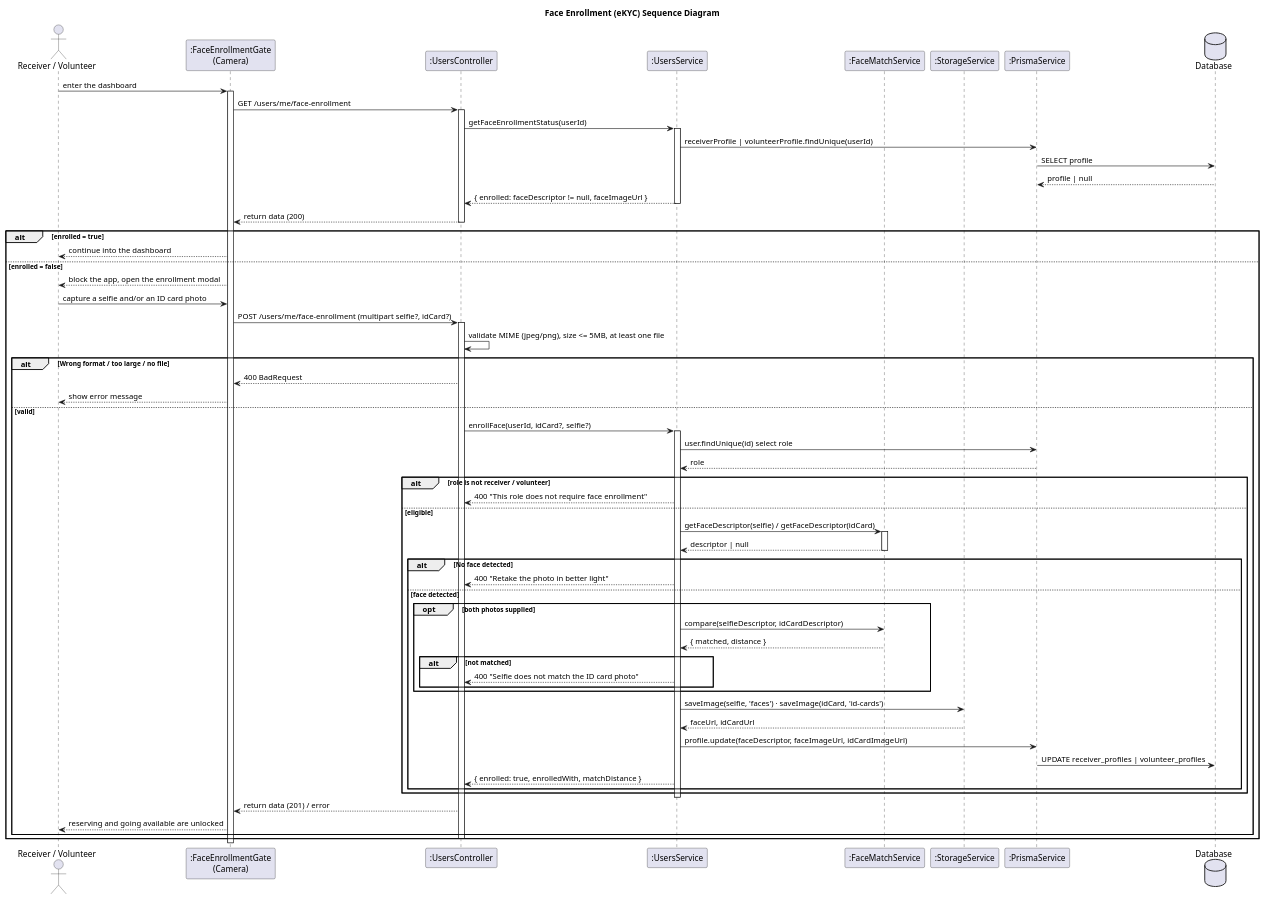
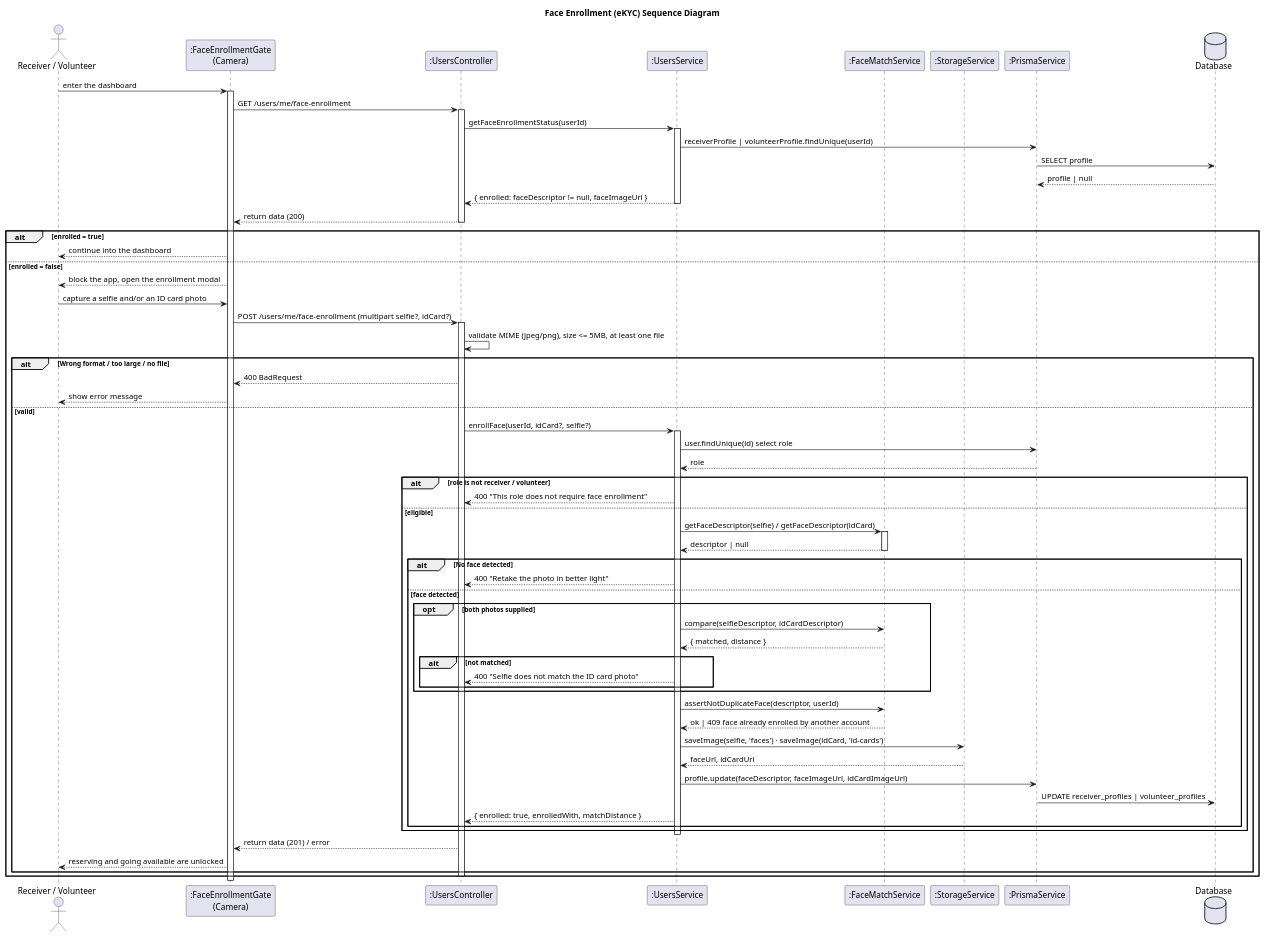
Before and after one commit to trimikey/Capstone_FoodResQ_Web: the third of 6 diagrams in docs/diagrams/seq-users.puml, drawn with PlantUML. The commit also changed other lines of this file and 23 other files, not shown here.

First line of the commit message:
docs(diagrams): cap nhat sequence + class diagram theo code hien tai, bo chu thich

```diff
--- a/docs/diagrams/seq-users.puml
+++ b/docs/diagrams/seq-users.puml
@@ -142,74 +137,76 @@
 @startuml seq-user-face-ekyc
 title Face Enrollment (eKYC) Sequence Diagram
 
 actor "Receiver / Volunteer" as User
 participant ":FaceEnrollmentGate\n(Camera)" as Screen
 participant ":UsersController" as Ctrl
 participant ":UsersService" as Svc
 participant ":FaceMatchService" as Face
 participant ":StorageService" as Storage
 participant ":PrismaService" as Repo
 database "Database" as DB
 
 User -> Screen : enter the dashboard
 activate Screen
 Screen -> Ctrl : GET /users/me/face-enrollment
 activate Ctrl
 Ctrl -> Svc : getFaceEnrollmentStatus(userId)
 activate Svc
 Svc -> Repo : receiverProfile | volunteerProfile.findUnique(userId)
 Repo -> DB : SELECT profile
 DB --> Repo : profile | null
 Svc --> Ctrl : { enrolled: faceDescriptor != null, faceImageUrl }
 deactivate Svc
 Ctrl --> Screen : return data (200)
 deactivate Ctrl
 alt enrolled = true
   Screen --> User : continue into the dashboard
 else enrolled = false
   Screen --> User : block the app, open the enrollment modal
 
   User -> Screen : capture a selfie and/or an ID card photo
   Screen -> Ctrl : POST /users/me/face-enrollment (multipart selfie?, idCard?)
   activate Ctrl
   Ctrl -> Ctrl : validate MIME (jpeg/png), size <= 5MB, at least one file
   alt Wrong format / too large / no file
     Ctrl --> Screen : 400 BadRequest
     Screen --> User : show error message
   else valid
     Ctrl -> Svc : enrollFace(userId, idCard?, selfie?)
     activate Svc
     Svc -> Repo : user.findUnique(id) select role
     Repo --> Svc : role
     alt role is not receiver / volunteer
       Svc --> Ctrl : 400 "This role does not require face enrollment"
     else eligible
       Svc -> Face : getFaceDescriptor(selfie) / getFaceDescriptor(idCard)
       activate Face
       Face --> Svc : descriptor | null
       deactivate Face
       alt No face detected
         Svc --> Ctrl : 400 "Retake the photo in better light"
       else face detected
         opt both photos supplied
           Svc -> Face : compare(selfieDescriptor, idCardDescriptor)
           Face --> Svc : { matched, distance }
           alt not matched
             Svc --> Ctrl : 400 "Selfie does not match the ID card photo"
           end
         end
+        Svc -> Face : assertNotDuplicateFace(descriptor, userId)
+        Face --> Svc : ok | 409 face already enrolled by another account
         Svc -> Storage : saveImage(selfie, 'faces') · saveImage(idCard, 'id-cards')
         Storage --> Svc : faceUrl, idCardUrl
         Svc -> Repo : profile.update(faceDescriptor, faceImageUrl, idCardImageUrl)
         Repo -> DB : UPDATE receiver_profiles | volunteer_profiles
         Svc --> Ctrl : { enrolled: true, enrolledWith, matchDistance }
       end
     end
     deactivate Svc
     Ctrl --> Screen : return data (201) / error
     Screen --> User : reserving and going available are unlocked
   end
   deactivate Ctrl
 end
 deactivate Screen
 @enduml
```
